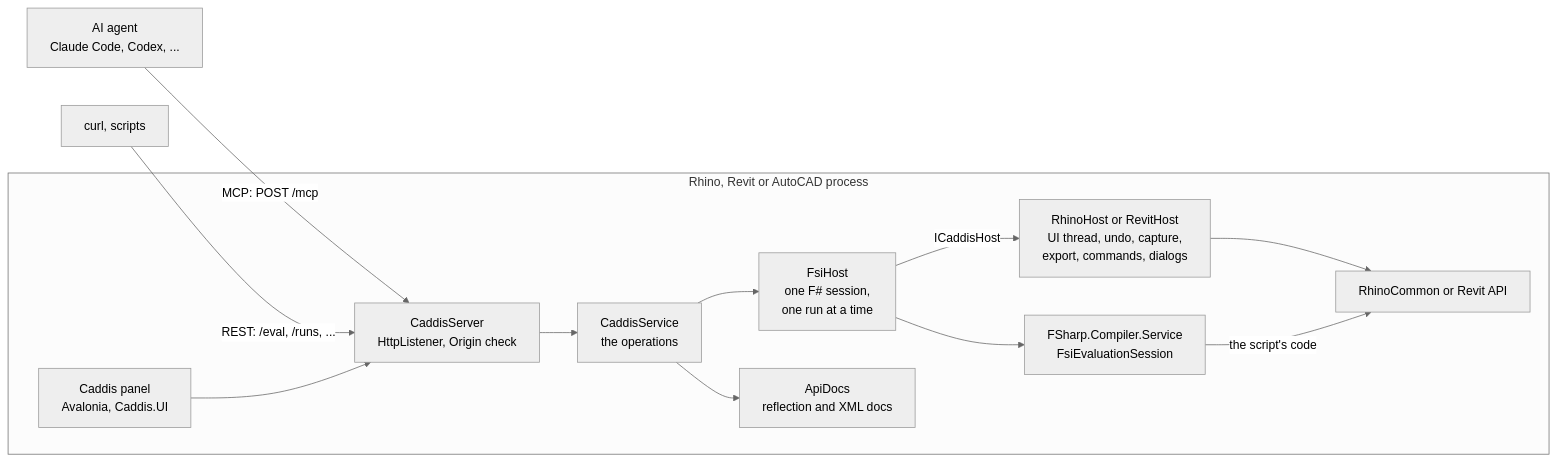
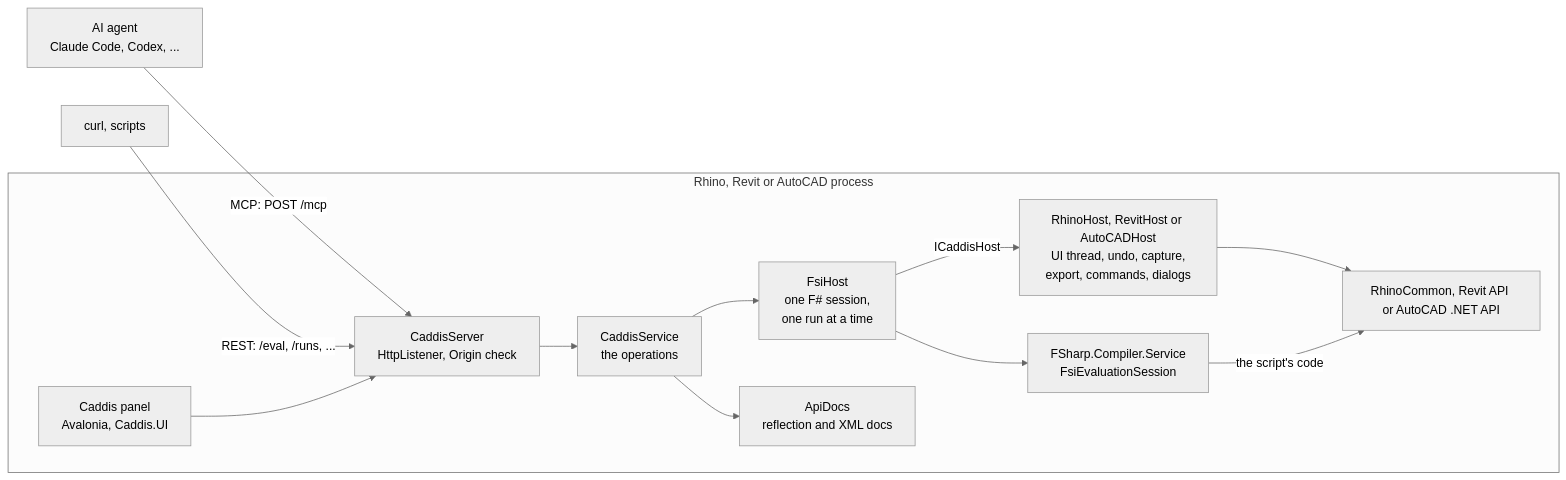
One commit to goswinr/Caddis changed the first of 3 diagrams in Architecture.md. Above: the diagram before and after it, drawn with Mermaid (neutral theme). The commit also changed other lines of this file and 25 other files, not shown here.

````diff
--- a/Architecture.md
+++ b/Architecture.md
@@ -40,15 +40,15 @@
 ```mermaid
 flowchart LR
     agent["AI agent<br/>Claude Code, Codex, ..."] -- "MCP: POST /mcp" --> server
     client["curl, scripts"] -- "REST: /eval, /runs, ..." --> server
     subgraph app["Rhino, Revit or AutoCAD process"]
         server["CaddisServer<br/>HttpListener, Origin check"] --> service["CaddisService<br/>the operations"]
         service --> fsi["FsiHost<br/>one F# session,<br/>one run at a time"]
         service --> docs["ApiDocs<br/>reflection and XML docs"]
         fsi --> fcs["FSharp.Compiler.Service<br/>FsiEvaluationSession"]
-        fsi -- "ICaddisHost" --> host["RhinoHost or RevitHost<br/>UI thread, undo, capture,<br/>export, commands, dialogs"]
-        host --> api["RhinoCommon or Revit API"]
+        fsi -- "ICaddisHost" --> host["RhinoHost, RevitHost or AutoCADHost<br/>UI thread, undo, capture,<br/>export, commands, dialogs"]
+        host --> api["RhinoCommon, Revit API or AutoCAD .NET API"]
         fcs -- "the script's code" --> api
         panel["Caddis panel<br/>Avalonia, Caddis.UI"] --> server
     end
 ```
````
